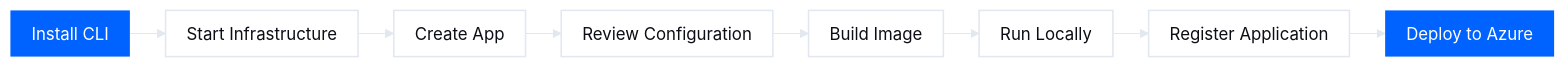
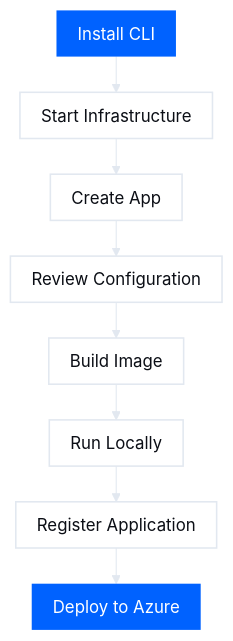
The first of 2 diagrams in docs/your-own-applications.md (esystemsdev/aifabrix-builder), drawn with Mermaid before and after one commit. The commit also changed 8 other files, not shown here.

````diff
--- a/docs/your-own-applications.md
+++ b/docs/your-own-applications.md
@@ -17,41 +17,41 @@
 ```mermaid
 %%{init: {
   "theme": "base",
   "themeVariables": {
     "fontFamily": "Poppins, Arial Rounded MT Bold, Arial, sans-serif",
     "fontSize": "16px",
     "background": "#FFFFFF",
     "primaryColor": "#F8FAFC",
     "primaryTextColor": "#0B0E15",
     "primaryBorderColor": "#E2E8F0",
     "lineColor": "#E2E8F0",
     "textColor": "#0B0E15",
     "borderRadius": 16
   },
   "flowchart": {
     "curve": "linear",
     "nodeSpacing": 34,
     "rankSpacing": 34,
     "padding": 10
   }
 }}%%
 
-flowchart LR
+flowchart TD
 
 %% =======================
 %% Styles
 %% =======================
 classDef base fill:#FFFFFF,color:#0B0E15,stroke:#E2E8F0,stroke-width:1.5px;
 classDef primary fill:#0062FF,color:#ffffff,stroke-width:0px;
 
 %% =======================
 %% Flow
 %% =======================
 Install[Install CLI]:::primary --> Up[Start Infrastructure]:::base
 Up --> Create[Create App]:::base
 Create --> Config[Review Configuration]:::base
 Config --> Build[Build Image]:::base
 Build --> Run[Run Locally]:::base
 Run --> Register[Register Application]:::base
 Register --> Deploy[Deploy to Azure]:::primary
 ```
````
